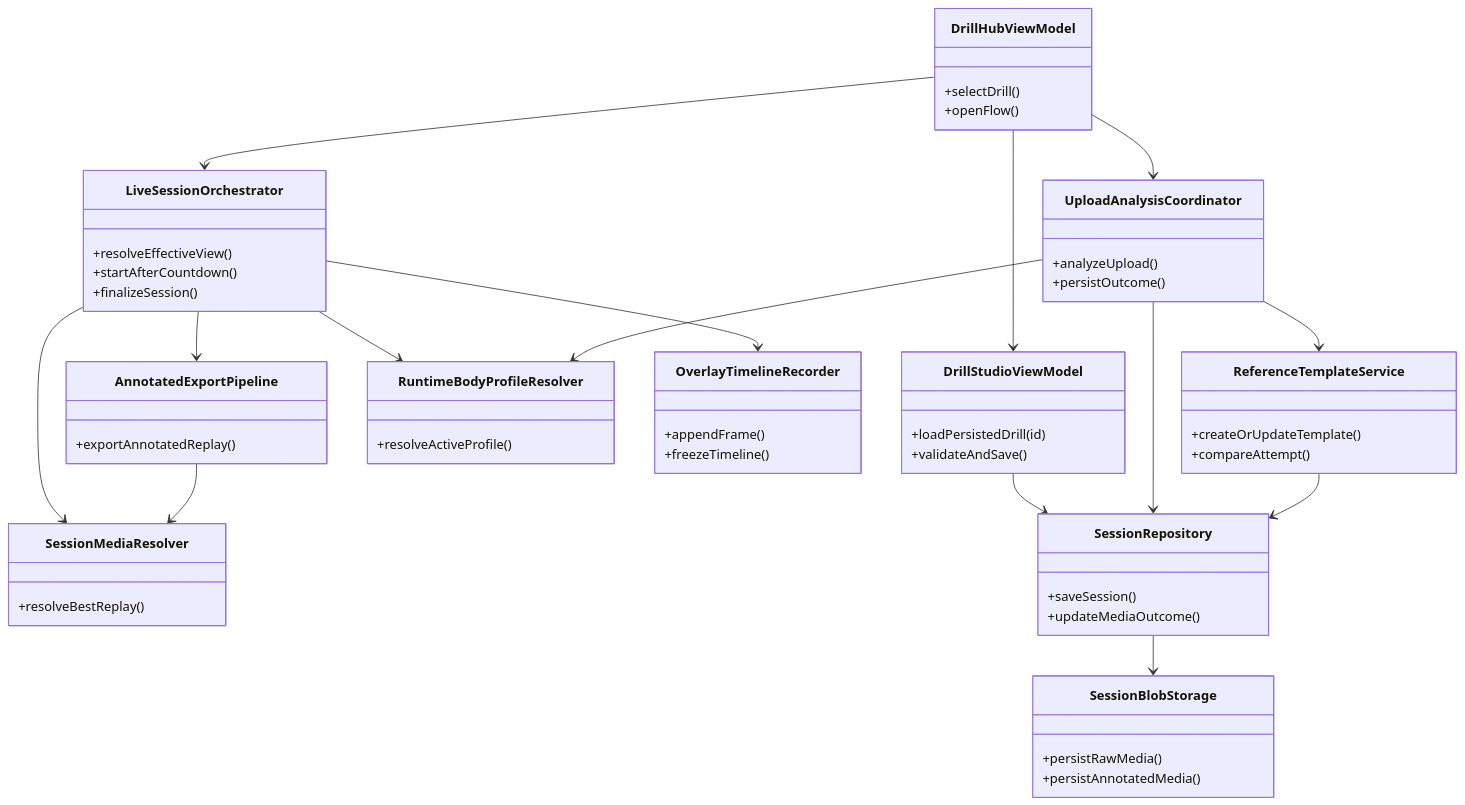
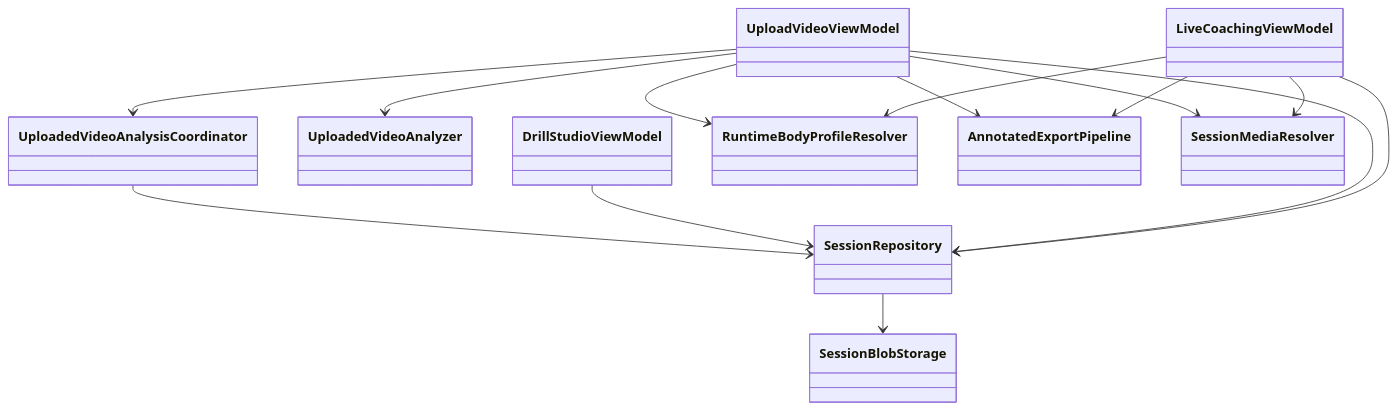
Before and after one commit to Voycepeh/CaliVision: the diagram in docs/diagrams/class-diagram.md, drawn with Mermaid. The commit also changed other lines of this file and 16 other files, not shown here.

````diff
--- a/docs/diagrams/class-diagram.md
+++ b/docs/diagrams/class-diagram.md
@@ -3,60 +3,29 @@
 ```mermaid
 classDiagram
-    class DrillHubViewModel {
-      +selectDrill()
-      +openFlow()
-    }
-    class DrillStudioViewModel {
-      +loadPersistedDrill(id)
-      +validateAndSave()
-    }
-    class LiveSessionOrchestrator {
-      +resolveEffectiveView()
-      +startAfterCountdown()
-      +finalizeSession()
-    }
-    class UploadAnalysisCoordinator {
-      +analyzeUpload()
-      +persistOutcome()
-    }
-    class ReferenceTemplateService {
-      +createOrUpdateTemplate()
-      +compareAttempt()
-    }
-    class RuntimeBodyProfileResolver {
-      +resolveActiveProfile()
-    }
-    class OverlayTimelineRecorder {
-      +appendFrame()
-      +freezeTimeline()
-    }
-    class AnnotatedExportPipeline {
-      +exportAnnotatedReplay()
-    }
-    class SessionMediaResolver {
-      +resolveBestReplay()
-    }
-    class SessionRepository {
-      +saveSession()
-      +updateMediaOutcome()
-    }
-    class SessionBlobStorage {
-      +persistRawMedia()
-      +persistAnnotatedMedia()
-    }
+    class LiveCoachingViewModel
+    class UploadVideoViewModel
+    class DrillStudioViewModel
+    class UploadedVideoAnalyzer
+    class UploadedVideoAnalysisCoordinator
+    class RuntimeBodyProfileResolver
+    class AnnotatedExportPipeline
+    class SessionMediaResolver
+    class SessionRepository
+    class SessionBlobStorage
 
-    DrillHubViewModel --> LiveSessionOrchestrator
-    DrillHubViewModel --> UploadAnalysisCoordinator
-    DrillHubViewModel --> DrillStudioViewModel
+    LiveCoachingViewModel --> AnnotatedExportPipeline
+    LiveCoachingViewModel --> SessionMediaResolver
+    LiveCoachingViewModel --> SessionRepository
+    LiveCoachingViewModel --> RuntimeBodyProfileResolver
+
+    UploadVideoViewModel --> UploadedVideoAnalyzer
+    UploadVideoViewModel --> UploadedVideoAnalysisCoordinator
+    UploadVideoViewModel --> AnnotatedExportPipeline
+    UploadVideoViewModel --> SessionMediaResolver
+    UploadVideoViewModel --> SessionRepository
+    UploadVideoViewModel --> RuntimeBodyProfileResolver
+
     DrillStudioViewModel --> SessionRepository
-    LiveSessionOrchestrator --> OverlayTimelineRecorder
-    LiveSessionOrchestrator --> AnnotatedExportPipeline
-    LiveSessionOrchestrator --> SessionMediaResolver
-    LiveSessionOrchestrator --> RuntimeBodyProfileResolver
-    UploadAnalysisCoordinator --> ReferenceTemplateService
-    UploadAnalysisCoordinator --> SessionRepository
-    UploadAnalysisCoordinator --> RuntimeBodyProfileResolver
-    AnnotatedExportPipeline --> SessionMediaResolver
+    UploadedVideoAnalysisCoordinator --> SessionRepository
     SessionRepository --> SessionBlobStorage
-    ReferenceTemplateService --> SessionRepository
 ```
````
